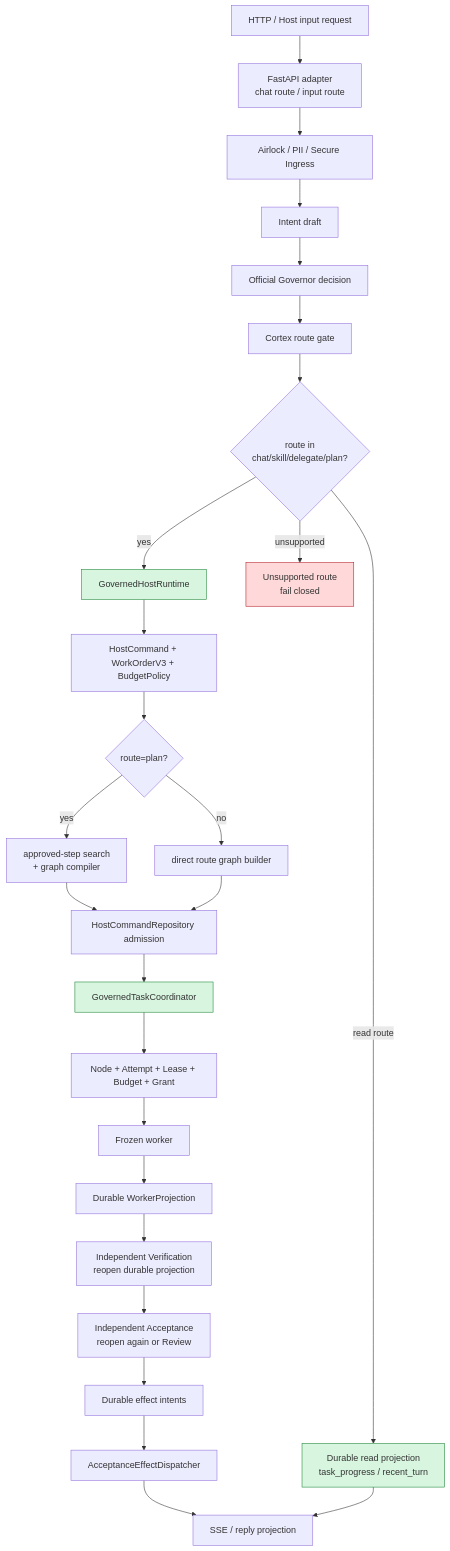
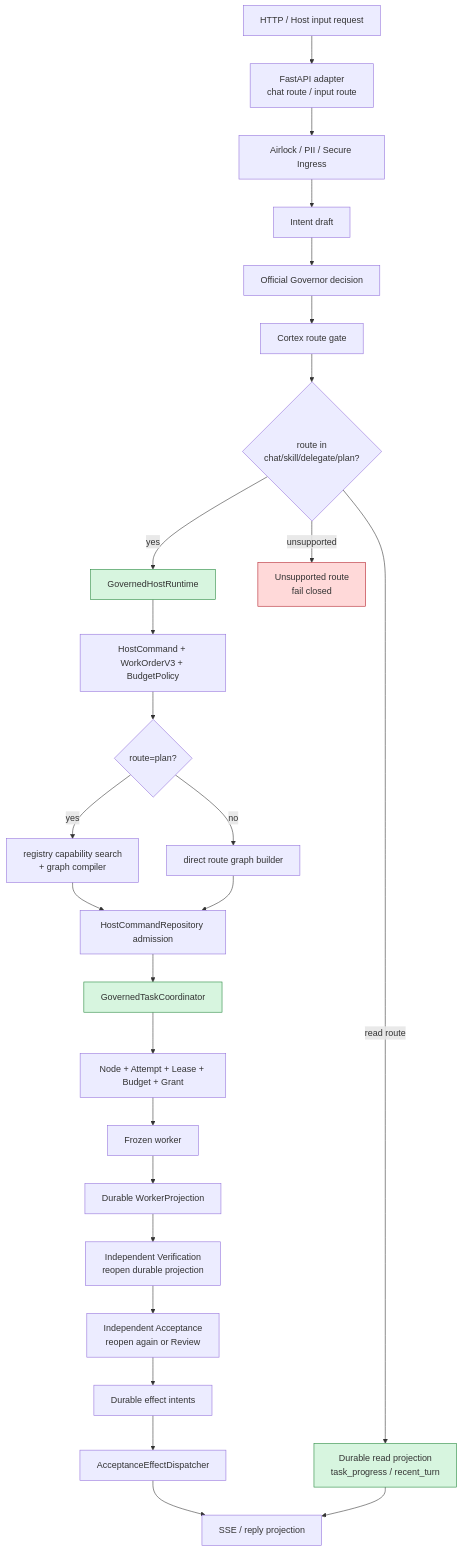
One commit to SakuraYoruno/Natsume_Ai changed the first of 4 diagrams in docs/50_project/arch/diagrams/02_main_chain_flow.md. Above: the diagram before and after it, drawn with Mermaid. The commit also changed other lines of this file and 27 other files, not shown here.

````diff
--- a/docs/50_project/arch/diagrams/02_main_chain_flow.md
+++ b/docs/50_project/arch/diagrams/02_main_chain_flow.md
@@ -13,40 +13,40 @@
 ```mermaid
 flowchart TD
     REQ["HTTP / Host input request"]
     ROUTE["FastAPI adapter\nchat route / input route"]
     AIR["Airlock / PII / Secure Ingress"]
     INTENT["Intent draft"]
     GOV["Official Governor decision"]
     CORTEX["Cortex route gate"]
     SUPPORT{"route in\nchat/skill/delegate/plan?"}
     GR["GovernedHostRuntime"]
     BUILD["HostCommand + WorkOrderV3 + BudgetPolicy"]
     PLAN{"route=plan?"}
-    SEARCH["approved-step search\n+ graph compiler"]
+    SEARCH["registry capability search\n+ graph compiler"]
     DIRECT["direct route graph builder"]
     ADMIT["HostCommandRepository admission"]
     TASK["GovernedTaskCoordinator"]
     NODE["Node + Attempt + Lease + Budget + Grant"]
     WORK["Frozen worker"]
     PROJECTION["Durable WorkerProjection"]
     VERIFY["Independent Verification\nreopen durable projection"]
     ACCEPT["Independent Acceptance\nreopen again or Review"]
     EFFECT["Durable effect intents"]
     DISPATCH["AcceptanceEffectDispatcher"]
     SSE["SSE / reply projection"]
     READ["Durable read projection\ntask_progress / recent_turn"]
     REJECT["Unsupported route\nfail closed"]
 
     REQ --> ROUTE --> AIR --> INTENT --> GOV --> CORTEX --> SUPPORT
     SUPPORT -->|"yes"| GR --> BUILD --> PLAN
     PLAN -->|"yes"| SEARCH --> ADMIT
     PLAN -->|"no"| DIRECT --> ADMIT
     ADMIT --> TASK --> NODE --> WORK --> PROJECTION --> VERIFY --> ACCEPT --> EFFECT --> DISPATCH --> SSE
     SUPPORT -->|"read route"| READ --> SSE
     SUPPORT -->|"unsupported"| REJECT
 
     style GR fill:#d7f5df,stroke:#22863a
     style TASK fill:#d7f5df,stroke:#22863a
     style READ fill:#d7f5df,stroke:#22863a
     style REJECT fill:#ffd9d9,stroke:#b31d28
 ```
````
